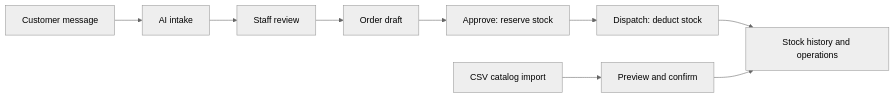
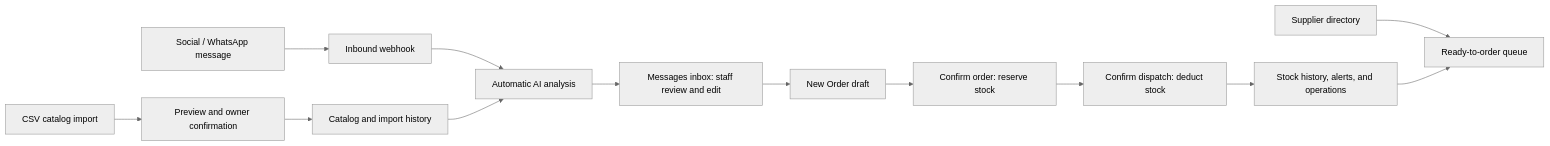
The diagram in README.md (MhmdAliSh/ai-order-desk), drawn with Mermaid (neutral theme) before and after one commit. The commit also changed other lines of this file, not shown here.

Commit message:
Update architecture for automatic message workflow

````diff
--- a/README.md
+++ b/README.md
@@ -45,11 +46,15 @@
 ```mermaid
 graph LR
-  M[Customer message] --> I[AI intake]
-  I --> R[Staff review]
-  R --> O[Order draft]
-  O --> A[Approve: reserve stock]
-  A --> D[Dispatch: deduct stock]
-  D --> H[Stock history and operations]
-  C[CSV catalog import] --> P[Preview and confirm]
-  P --> H
+  S[Social / WhatsApp message] --> W[Inbound webhook]
+  W --> AI[Automatic AI analysis]
+  AI --> M[Messages inbox: staff review and edit]
+  M --> O[New Order draft]
+  O --> A[Confirm order: reserve stock]
+  A --> D[Confirm dispatch: deduct stock]
+  D --> H[Stock history, alerts, and operations]
+  C[CSV catalog import] --> P[Preview and owner confirmation]
+  P --> K[Catalog and import history]
+  K --> AI
+  Q[Supplier directory] --> R[Ready-to-order queue]
+  H --> R
 ```
````
